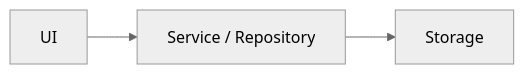
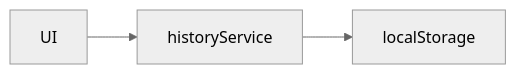
Before and after one commit to FujiJPProject/IPAStudyApp: the second of 2 diagrams in AI/応用情報技術者試験Webアプリ作成 プロンプト手順.md, drawn with Mermaid (neutral theme). The commit also changed other lines of this file and 17 other files, not shown here.

````diff
--- a/AI/応用情報技術者試験Webアプリ作成 プロンプト手順.md
+++ b/AI/応用情報技術者試験Webアプリ作成 プロンプト手順.md
@@ -285,5 +281,5 @@
 ```mermaid
 flowchart LR
-    UI --> ServiceRepository["Service / Repository"]
-    ServiceRepository --> Storage["Storage"]
+    UI --> HistoryService["historyService"]
+    HistoryService --> Storage["localStorage"]
 ```
````
